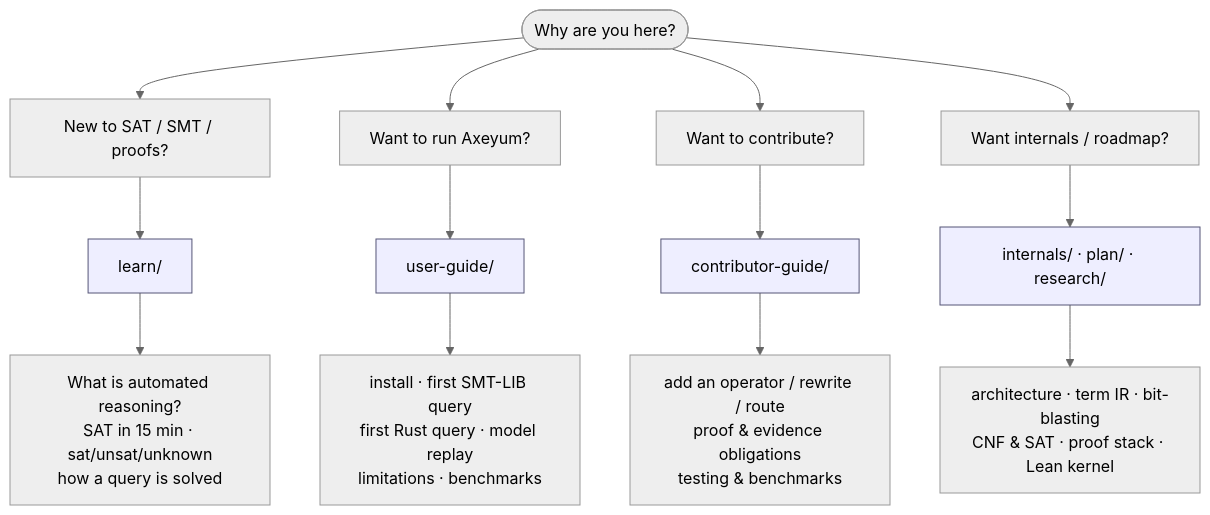
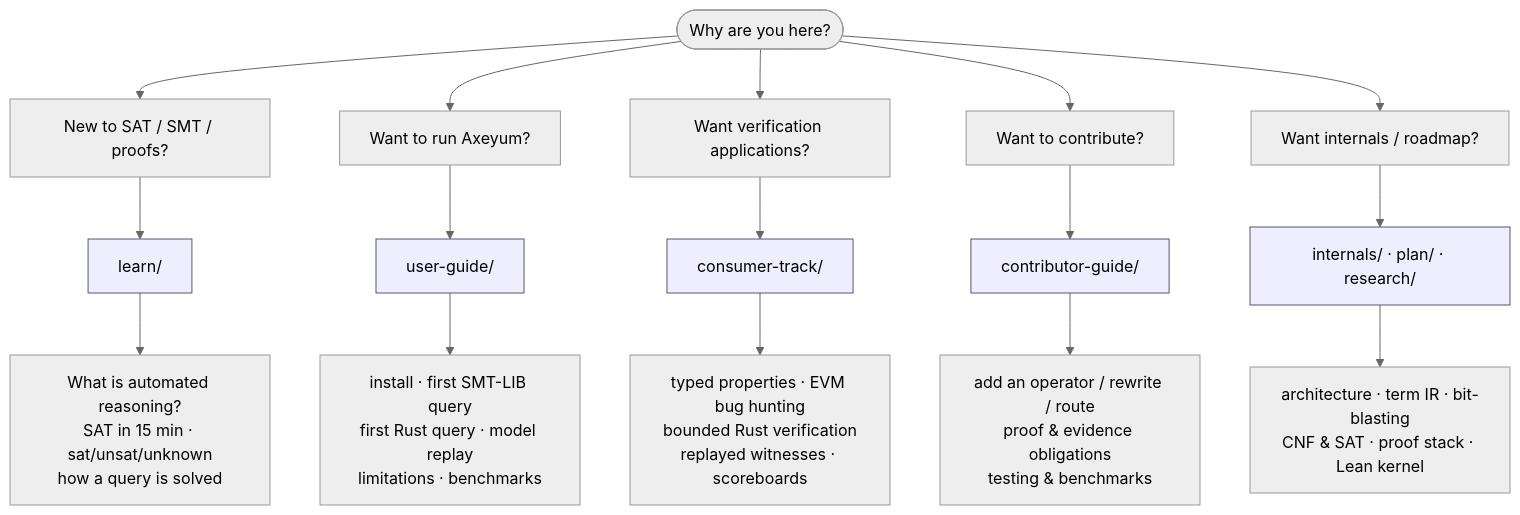
Before and after one commit to mjbommar/axeyum: the diagram in docs/README.md, drawn with Mermaid (neutral theme). The commit also changed other lines of this file and 17 other files, not shown here.

````diff
--- a/docs/README.md
+++ b/docs/README.md
@@ -11,21 +11,24 @@
 ```mermaid
 flowchart TD
     start([Why are you here?])
     start --> learn[New to SAT / SMT / proofs?]
     start --> use[Want to run Axeyum?]
+    start --> apps[Want verification applications?]
     start --> contrib[Want to contribute?]
     start --> deep[Want internals / roadmap?]
 
     learn --> L[learn/]
     use --> U[user-guide/]
+    apps --> A[consumer-track/]
     contrib --> C[contributor-guide/]
     deep --> I[internals/ · plan/ · research/]
 
     L --> Lq["What is automated reasoning?<br/>SAT in 15 min · sat/unsat/unknown<br/>how a query is solved"]
     U --> Uq["install · first SMT-LIB query<br/>first Rust query · model replay<br/>limitations · benchmarks"]
+    A --> Aq["typed properties · EVM bug hunting<br/>bounded Rust verification<br/>replayed witnesses · scoreboards"]
     C --> Cq["add an operator / rewrite / route<br/>proof &amp; evidence obligations<br/>testing &amp; benchmarks"]
     I --> Iq["architecture · term IR · bit-blasting<br/>CNF &amp; SAT · proof stack · Lean kernel"]
 
     classDef path fill:#eef,stroke:#557,stroke-width:1px;
-    class L,U,C,I path;
+    class L,U,A,C,I path;
 ```
````
